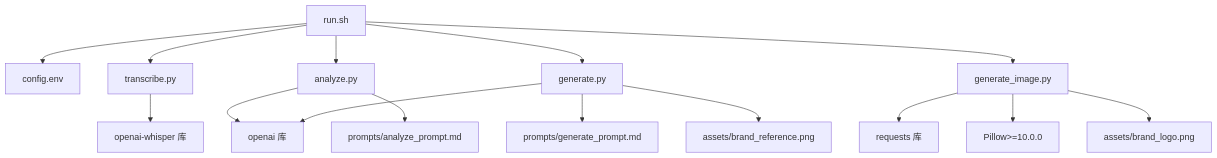
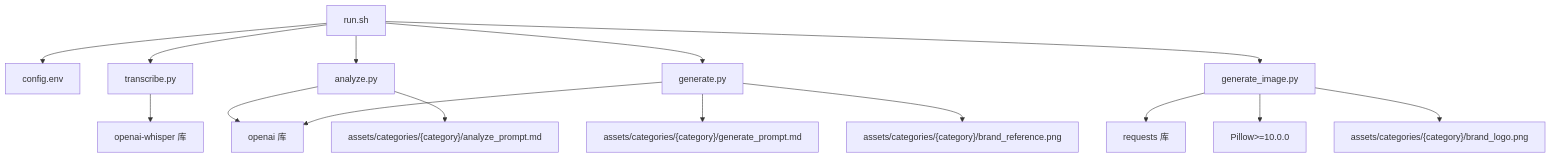
One commit to WongMingJiu/landingpage-test-hero-page changed the seventh of 7 diagrams in .qoder/repowiki/zh/content/配置和定制/API配置.md. Above: the diagram before and after it, drawn with Mermaid. The commit also changed other lines of this file and 53 other files, not shown here.

````diff
--- a/.qoder/repowiki/zh/content/配置和定制/API配置.md
+++ b/.qoder/repowiki/zh/content/配置和定制/API配置.md
@@ -409,17 +409,17 @@
 ```mermaid
 graph TB
 R["run.sh"] --> C["config.env"]
 R --> T["transcribe.py"]
 R --> A["analyze.py"]
 R --> G["generate.py"]
 R --> GI["generate_image.py"]
 A --> O["openai 库"]
 G --> O
 GI --> REQ["requests 库"]
 T --> W["openai-whisper 库"]
 GI --> PIL["Pillow>=10.0.0"]
-A --> P1["prompts/analyze_prompt.md"]
-G --> P2["prompts/generate_prompt.md"]
-G --> BR["assets/brand_reference.png"]
-GI --> BL["assets/brand_logo.png"]
+A --> P1["assets/categories/{category}/analyze_prompt.md"]
+G --> P2["assets/categories/{category}/generate_prompt.md"]
+G --> BR["assets/categories/{category}/brand_reference.png"]
+GI --> BL["assets/categories/{category}/brand_logo.png"]
 ```
````
